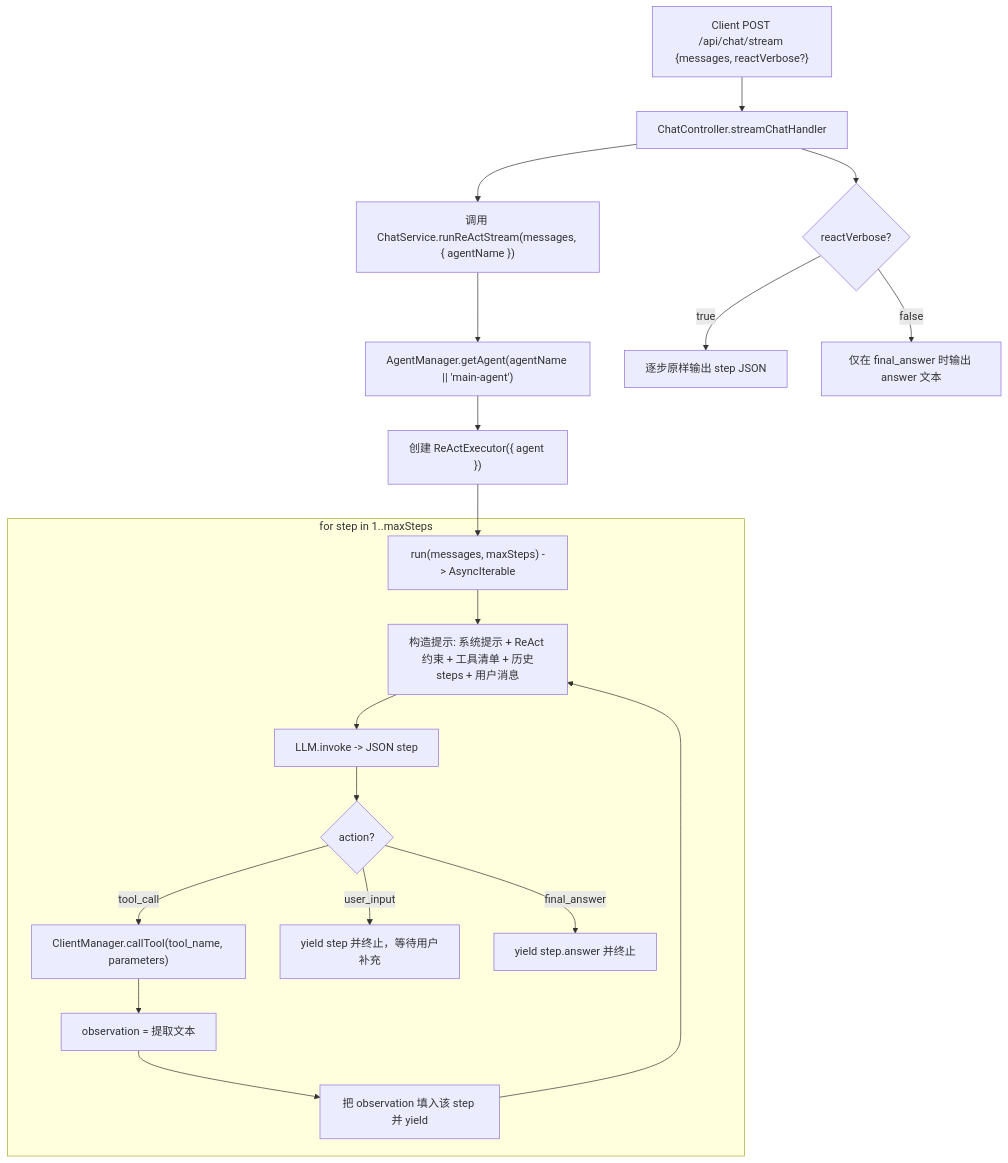
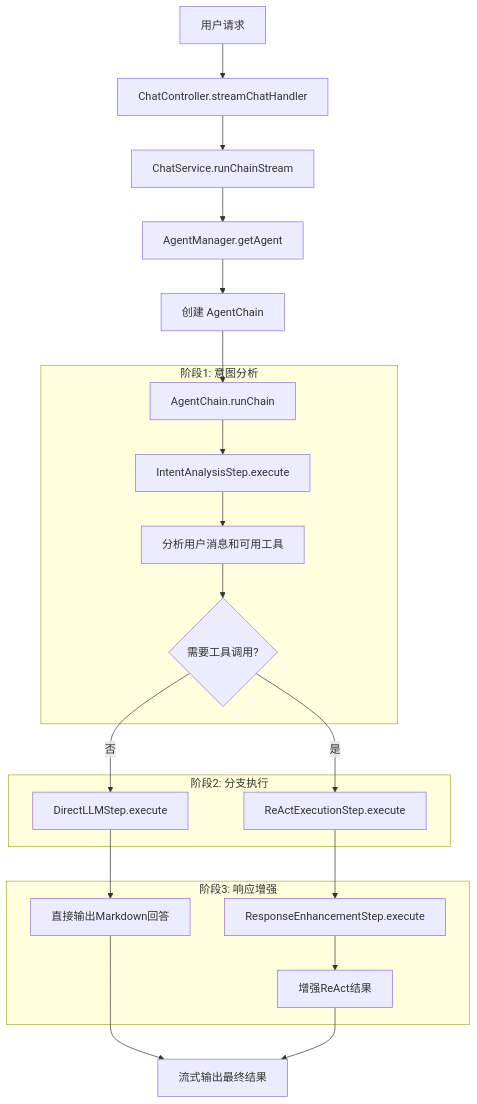
Before and after one commit to seemrcola/bot-server: the first of 2 diagrams in docs/react-flow.md, drawn with Mermaid. The commit also changed other lines of this file and 4 other files, not shown here.

````diff
--- a/docs/react-flow.md
+++ b/docs/react-flow.md
@@ -29,24 +8,28 @@
 ```mermaid
 flowchart TD
-  A["Client POST /api/chat/stream {messages, reactVerbose?}"] --> B["ChatController.streamChatHandler"]
-  B --> C["调用 ChatService.runReActStream(messages, { agentName })"]
-  C --> C1["AgentManager.getAgent(agentName || 'main-agent')"]
-  C1 --> C2["创建 ReActExecutor({ agent })"]
-  C2 --> D["run(messages, maxSteps) -> AsyncIterable"]
+  A["用户请求"] --> B["ChatController.streamChatHandler"]
+  B --> C["ChatService.runChainStream"]
+  C --> D["AgentManager.getAgent"]
+  D --> E["创建 AgentChain"]
+  E --> F["AgentChain.runChain"]
 
-  subgraph Loop["for step in 1..maxSteps"]
-    D --> E["构造提示: 系统提示 + ReAct 约束 + 工具清单 + 历史steps + 用户消息"]
-    E --> F["LLM.invoke -> JSON step"]
-    F --> G{"action?"}
-    G -- "tool_call" --> H["ClientManager.callTool(tool_name, parameters)"]
-    H --> I["observation = 提取文本"]
-    I --> J["把 observation 填入该 step 并 yield"]
-    J --> E
-    G -- "user_input" --> K["yield step 并终止，等待用户补充"]
-    G -- "final_answer" --> L["yield step.answer 并终止"]
+  subgraph "阶段1: 意图分析"
+    F --> G["IntentAnalysisStep.execute"]
+    G --> H["分析用户消息和可用工具"]
+    H --> I{"需要工具调用?"}
   end
 
-  B --> M{"reactVerbose?"}
-  M -- true --> N["逐步原样输出 step JSON"]
-  M -- false --> O["仅在 final_answer 时输出 answer 文本"]
+  subgraph "阶段2: 分支执行"
+    I -- "否" --> J["DirectLLMStep.execute"]
+    I -- "是" --> K["ReActExecutionStep.execute"]
+  end
+
+  subgraph "阶段3: 响应增强"
+    J --> L["直接输出Markdown回答"]
+    K --> M["ResponseEnhancementStep.execute"]
+    M --> N["增强ReAct结果"]
+  end
+
+  L --> O["流式输出最终结果"]
+  N --> O
 ```
````
